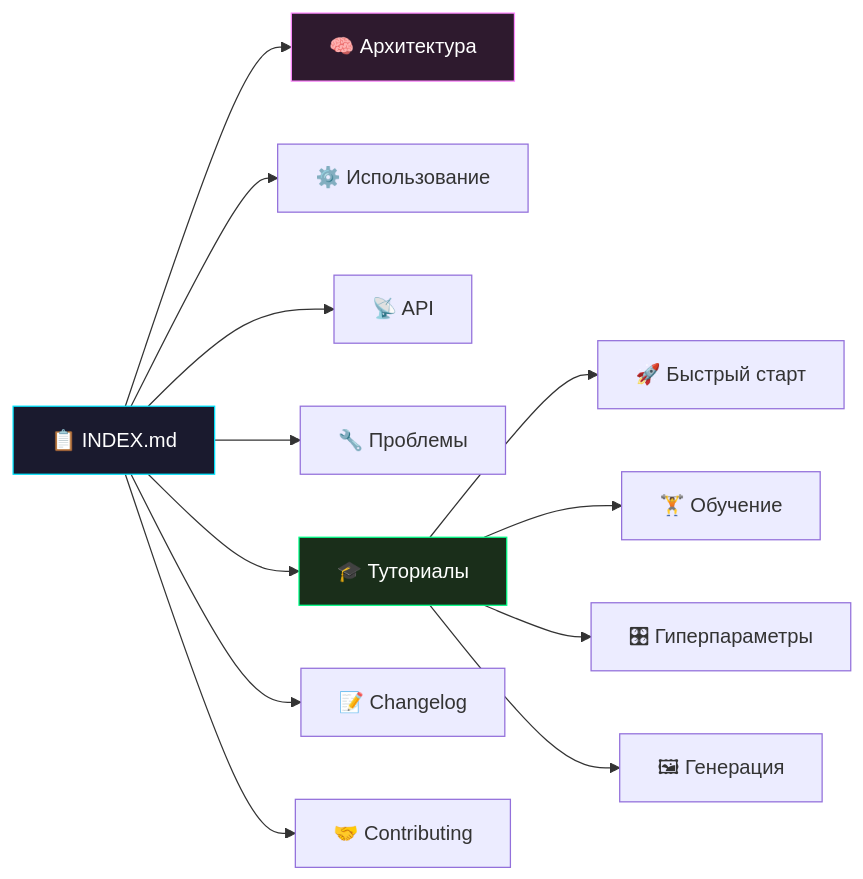
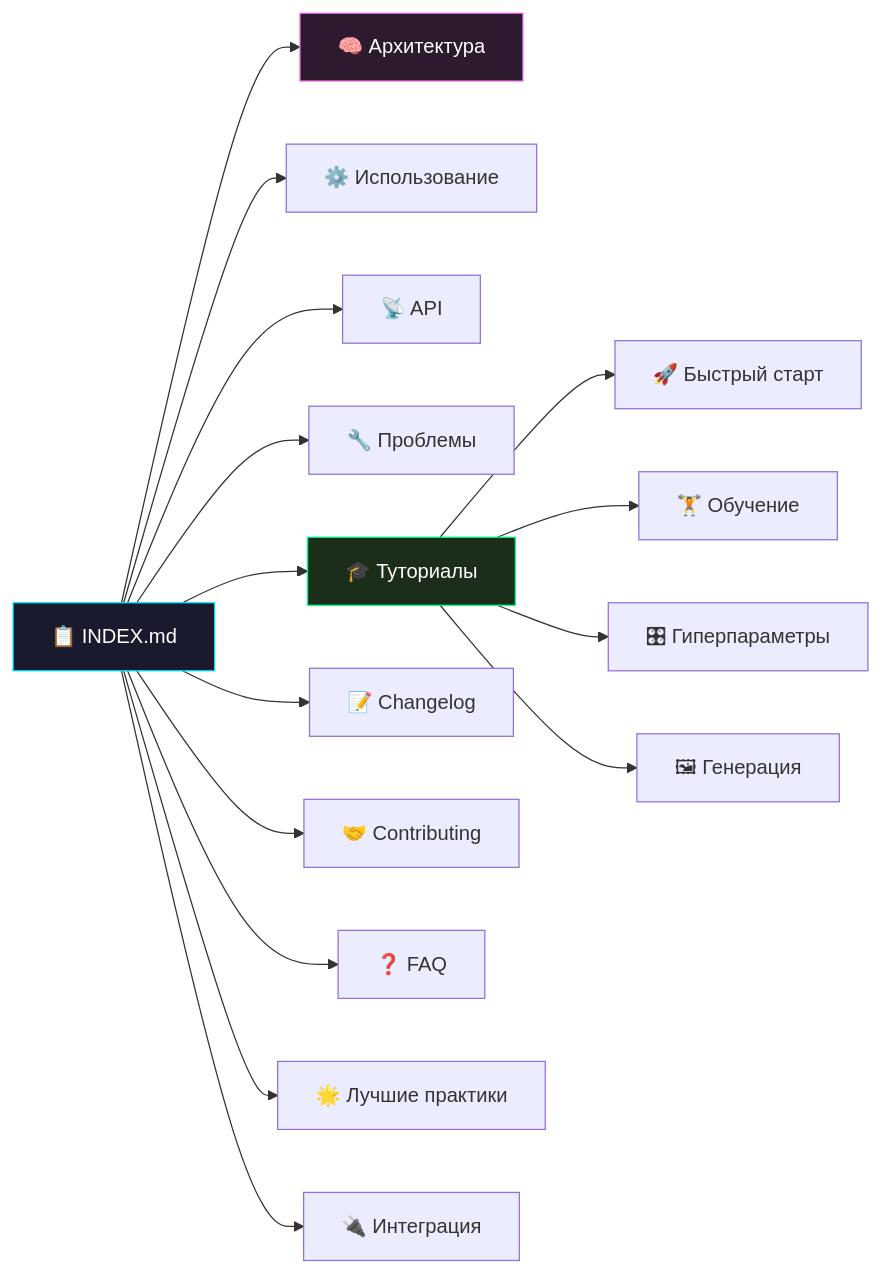
One commit to zzzigrok/repin-2.0 changed the diagram in docs/INDEX.md. Above: the diagram before and after it, drawn with Mermaid. The commit also changed other lines of this file and 6 other files, not shown here.

````diff
--- a/docs/INDEX.md
+++ b/docs/INDEX.md
@@ -127,31 +130,37 @@
 ```mermaid
 flowchart LR
     INDEX["📋 INDEX.md"]
     ARCH["🧠 Архитектура"]
     USAGE["⚙️ Использование"]
     API["📡 API"]
     TROUBLE["🔧 Проблемы"]
     TUTS["🎓 Туториалы"]
     GS["🚀 Быстрый старт"]
     TRAIN["🏋️ Обучение"]
     HYPER["🎛 Гиперпараметры"]
     GENGUIDE["🖼 Генерация"]
     CHANGE["📝 Changelog"]
     CONTRIB["🤝 Contributing"]
+    FAQ["❓ FAQ"]
+    BEST["🌟 Лучшие практики"]
+    INTEG["🔌 Интеграция"]
 
     INDEX --> ARCH
     INDEX --> USAGE
     INDEX --> API
     INDEX --> TROUBLE
     INDEX --> TUTS
     TUTS --> GS
     TUTS --> TRAIN
     TUTS --> HYPER
     TUTS --> GENGUIDE
     INDEX --> CHANGE
     INDEX --> CONTRIB
+    INDEX --> FAQ
+    INDEX --> BEST
+    INDEX --> INTEG
 
     style INDEX fill:#1a1a2e,stroke:#00e5ff,color:#fff
     style TUTS fill:#1a2e1a,stroke:#00ff88,color:#fff
     style ARCH fill:#2e1a2e,stroke:#ff88ff,color:#fff
 ```
````
